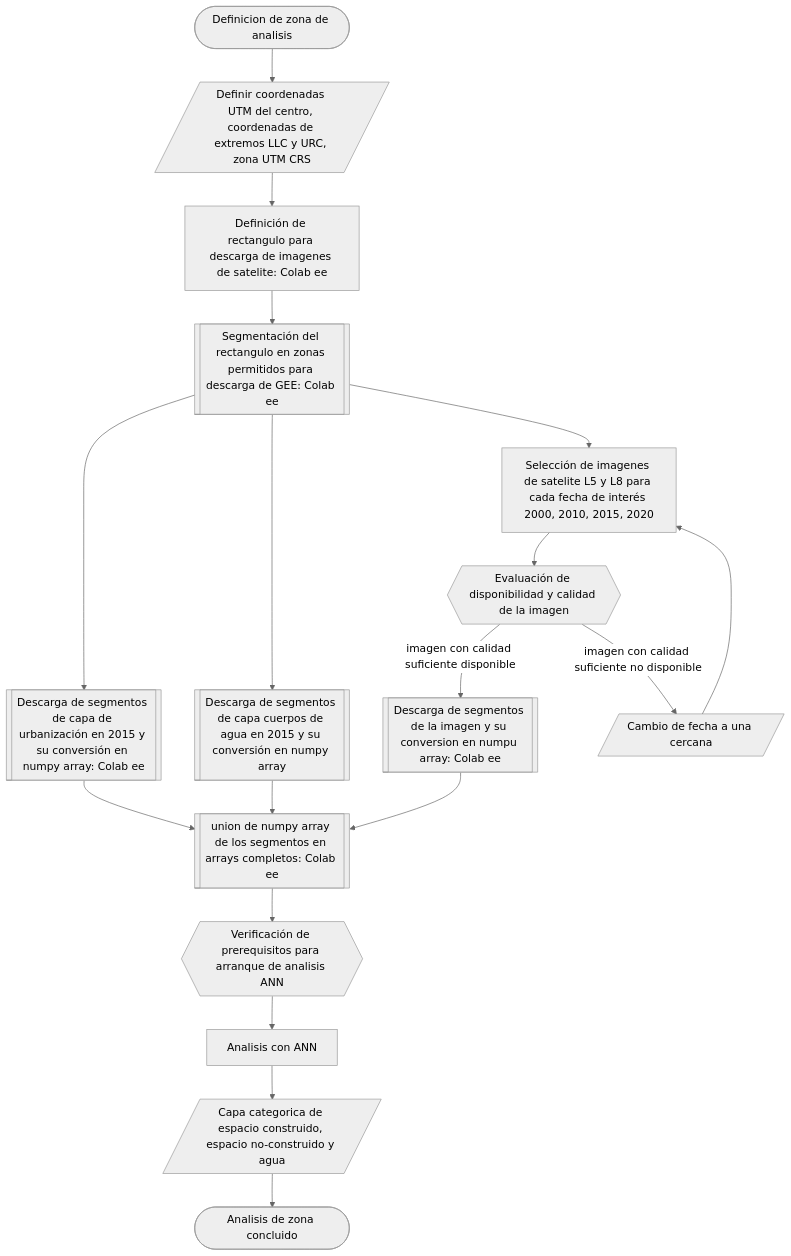
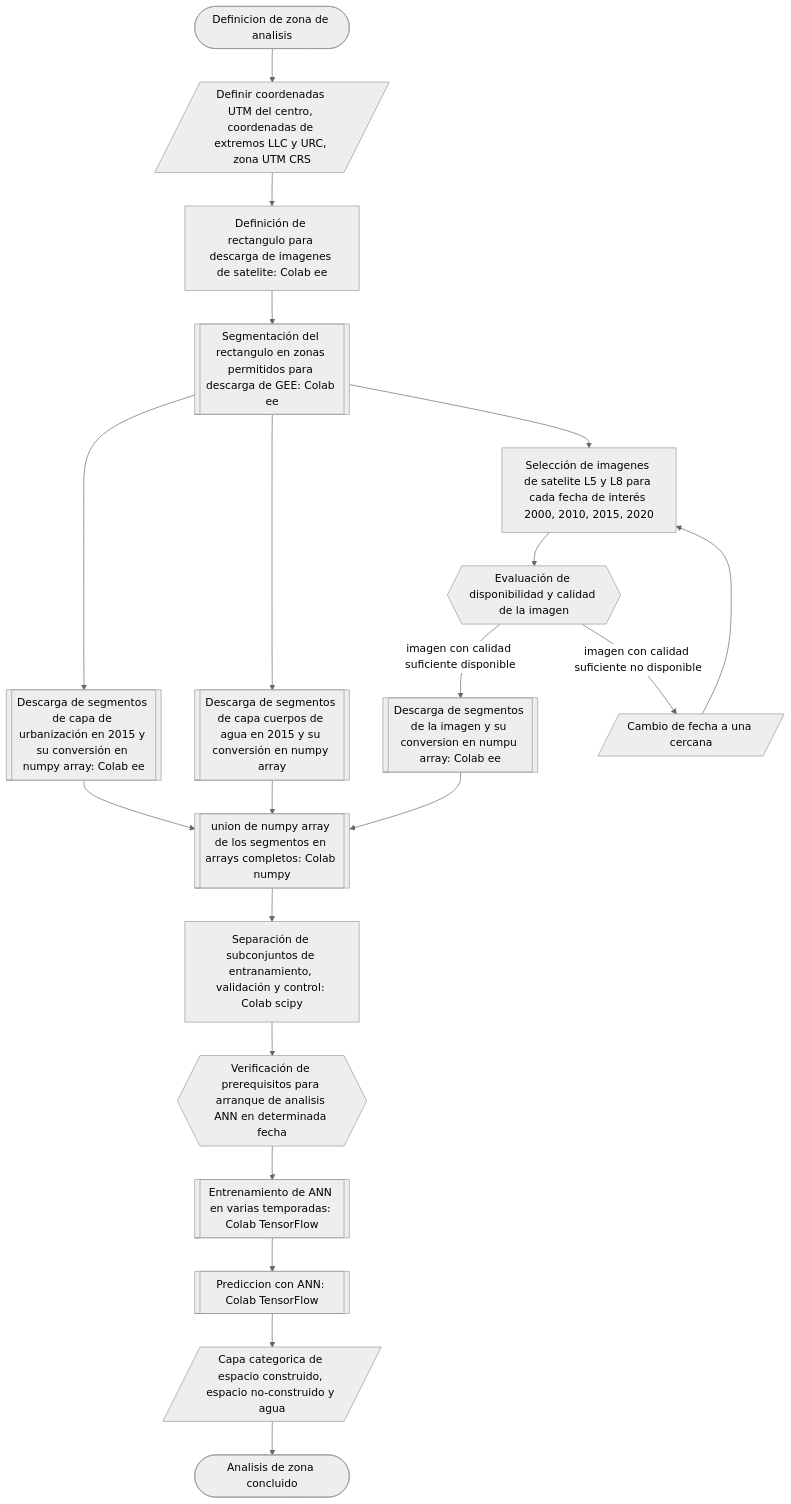
Before and after one commit to vshalisko/GEE: the diagram in AUEM/Esquemas/Esquema_de_procesos.mermaid, drawn with Mermaid (neutral theme).

```diff
--- a/AUEM/Esquemas/Esquema_de_procesos.mermaid
+++ b/AUEM/Esquemas/Esquema_de_procesos.mermaid
@@ -1,20 +1,22 @@
 flowchart TD
   A1([Definicion de zona de analisis])-->B1
   B1[/Definir coordenadas UTM del centro, coordenadas de extremos LLC y URC, zona UTM CRS/]-->C1
   C1[Definición de rectangulo para descarga de imagenes de satelite: Colab ee]-->C2
   C2[[Segmentación del rectangulo en zonas permitidos para descarga de GEE: Colab ee]]-->D1
   C2-->C3
   C2-->C4
   C3[[Descarga de segmentos de capa de urbanización en 2015 y su conversión en numpy array: Colab ee]]-->E2
   C4[[Descarga de segmentos de capa cuerpos de agua en 2015 y su conversión en numpy array]]-->E2
   D1[Selección de imagenes de satelite L5 y L8 para cada fecha de interés 2000, 2010, 2015, 2020]-->D2
   D2{{Evaluación de disponibilidad y calidad de la imagen}}
   D2--imagen con calidad suficiente disponible-->E1
   D2--imagen con calidad suficiente no disponible-->D3
   D3[/Cambio de fecha a una cercana/]-->D1
   E1[[Descarga de segmentos de la imagen y su conversion en numpu array: Colab ee]]-->E2
-  E2[[union de numpy array de los segmentos en arrays completos: Colab ee]]-->J1
-  J1{{Verificación de prerequisitos para arranque de analisis ANN}}-->K1
-  K1[Analisis con ANN]-->M1
+  E2[[union de numpy array de los segmentos en arrays completos: Colab numpy]]-->E3
+  E3[Separación de subconjuntos de entranamiento, validación y control: Colab scipy]-->J1
+  J1{{Verificación de prerequisitos para arranque de analisis ANN en determinada fecha}}-->K1
+  K1[[Entrenamiento de ANN en varias temporadas: Colab TensorFlow]]-->K2
+  K2[[Prediccion con ANN: Colab TensorFlow]]-->M1
   M1[/Capa categorica de espacio construido, espacio no-construido y agua/]-->Z1
   Z1([Analisis de zona concluido])
```
